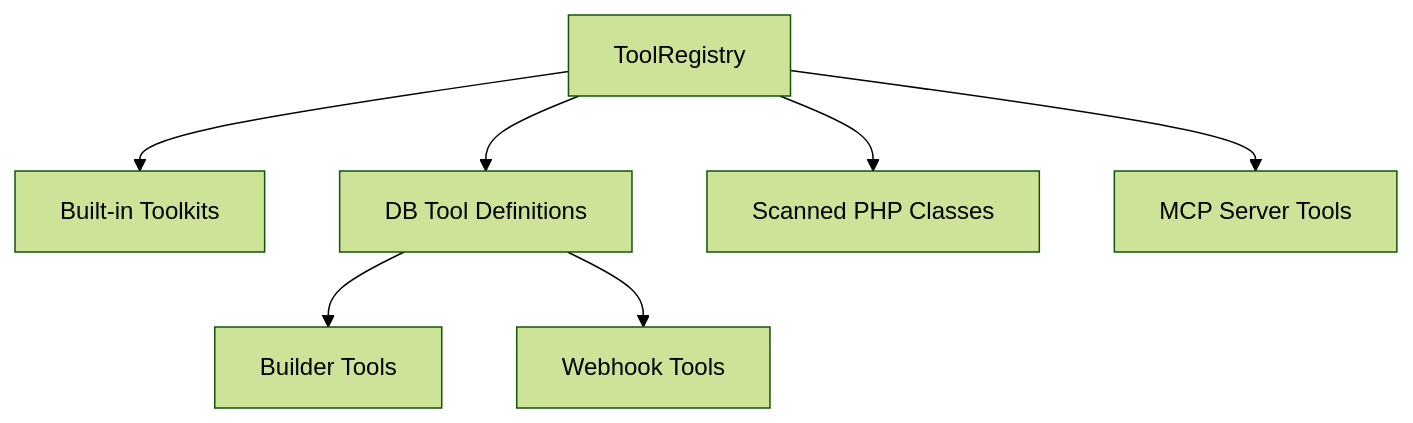
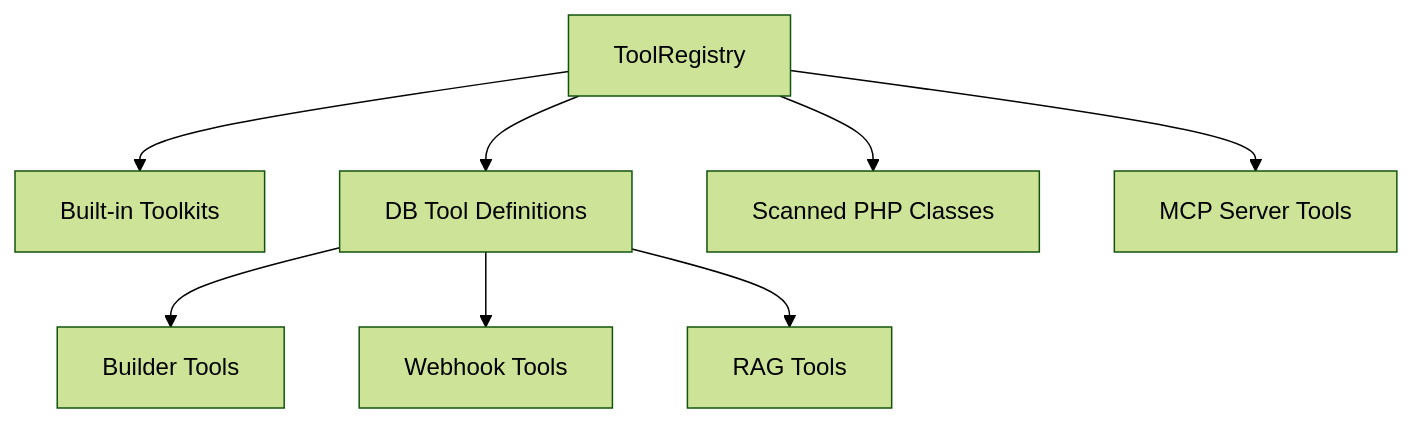
The diagram in docs/guides/tools/overview.md (digitalelvis/neuronai-studio), drawn with Mermaid (forest theme) before and after one commit. The commit also changed other lines of this file and 6 other files, not shown here.

````diff
--- a/docs/guides/tools/overview.md
+++ b/docs/guides/tools/overview.md
@@ -7,10 +7,11 @@
 ```mermaid
 flowchart TD
     Registry[ToolRegistry]
     Registry --> Builtin[Built-in Toolkits]
     Registry --> DB[DB Tool Definitions]
     Registry --> Scanned[Scanned PHP Classes]
     Registry --> MCP[MCP Server Tools]
     DB --> Builder[Builder Tools]
     DB --> Webhook[Webhook Tools]
+    DB --> RAG[RAG Tools]
 ```
````
